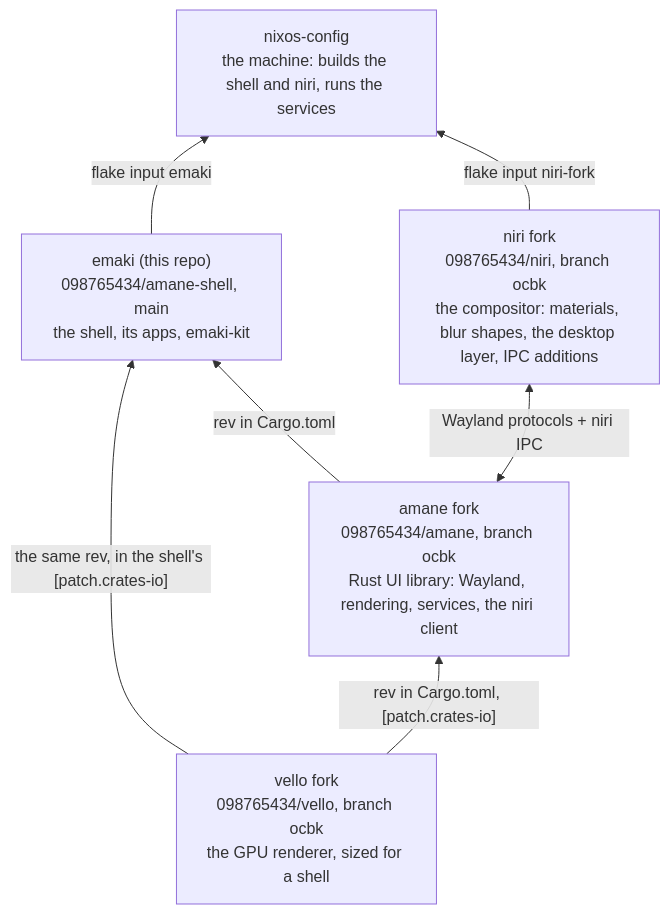
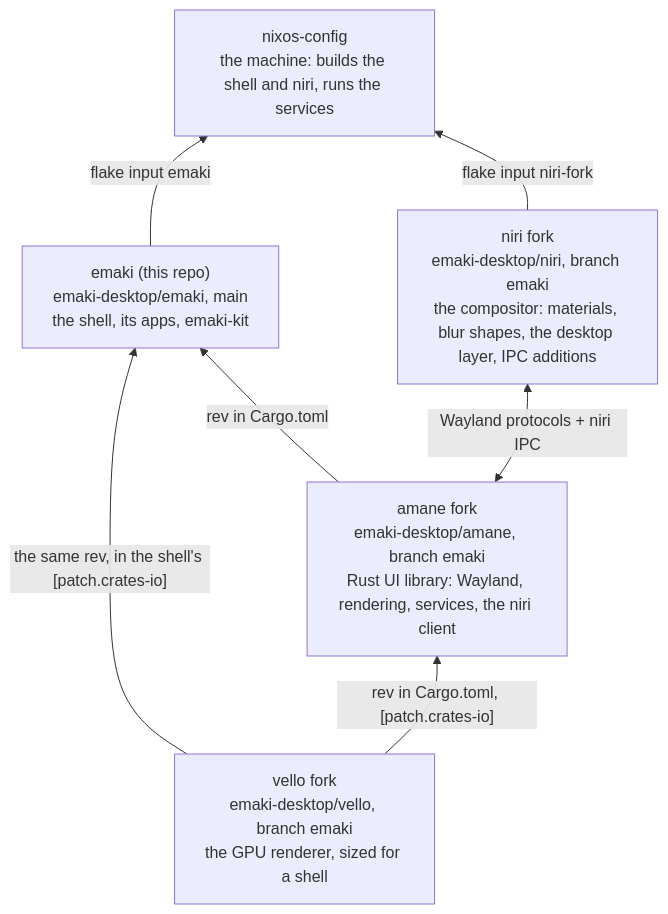
One commit to 098765434/amane-shell changed the diagram in STACK.md. Above: the diagram before and after it, drawn with Mermaid. The commit also changed other lines of this file and 35 other files, not shown here.

Commit message:
emaki-desktop: the new home for the repos; amane 473a7b9, vello ea3fb9e, niri 226b0de6

````diff
--- a/STACK.md
+++ b/STACK.md
@@ -6,14 +6,14 @@
 ```mermaid
 flowchart BT
-    vello["vello fork<br/>098765434/vello, branch ocbk<br/>the GPU renderer, sized for a shell"]
-    amane["amane fork<br/>098765434/amane, branch ocbk<br/>Rust UI library: Wayland, rendering, services, the niri client"]
-    shell["emaki (this repo)<br/>098765434/amane-shell, main<br/>the shell, its apps, emaki-kit"]
-    niri["niri fork<br/>098765434/niri, branch ocbk<br/>the compositor: materials, blur shapes, the desktop layer, IPC additions"]
+    vello["vello fork<br/>emaki-desktop/vello, branch emaki<br/>the GPU renderer, sized for a shell"]
+    amane["amane fork<br/>emaki-desktop/amane, branch emaki<br/>Rust UI library: Wayland, rendering, services, the niri client"]
+    shell["emaki (this repo)<br/>emaki-desktop/emaki, main<br/>the shell, its apps, emaki-kit"]
+    niri["niri fork<br/>emaki-desktop/niri, branch emaki<br/>the compositor: materials, blur shapes, the desktop layer, IPC additions"]
     config["nixos-config<br/>the machine: builds the shell and niri, runs the services"]
     vello -->|"rev in Cargo.toml, [patch.crates-io]"| amane
     vello -->|"the same rev, in the shell's [patch.crates-io]"| shell
     amane -->|"rev in Cargo.toml"| shell
     shell -->|"flake input emaki"| config
     niri -->|"flake input niri-fork"| config
     amane <-->|"Wayland protocols + niri IPC"| niri
 ```
````
